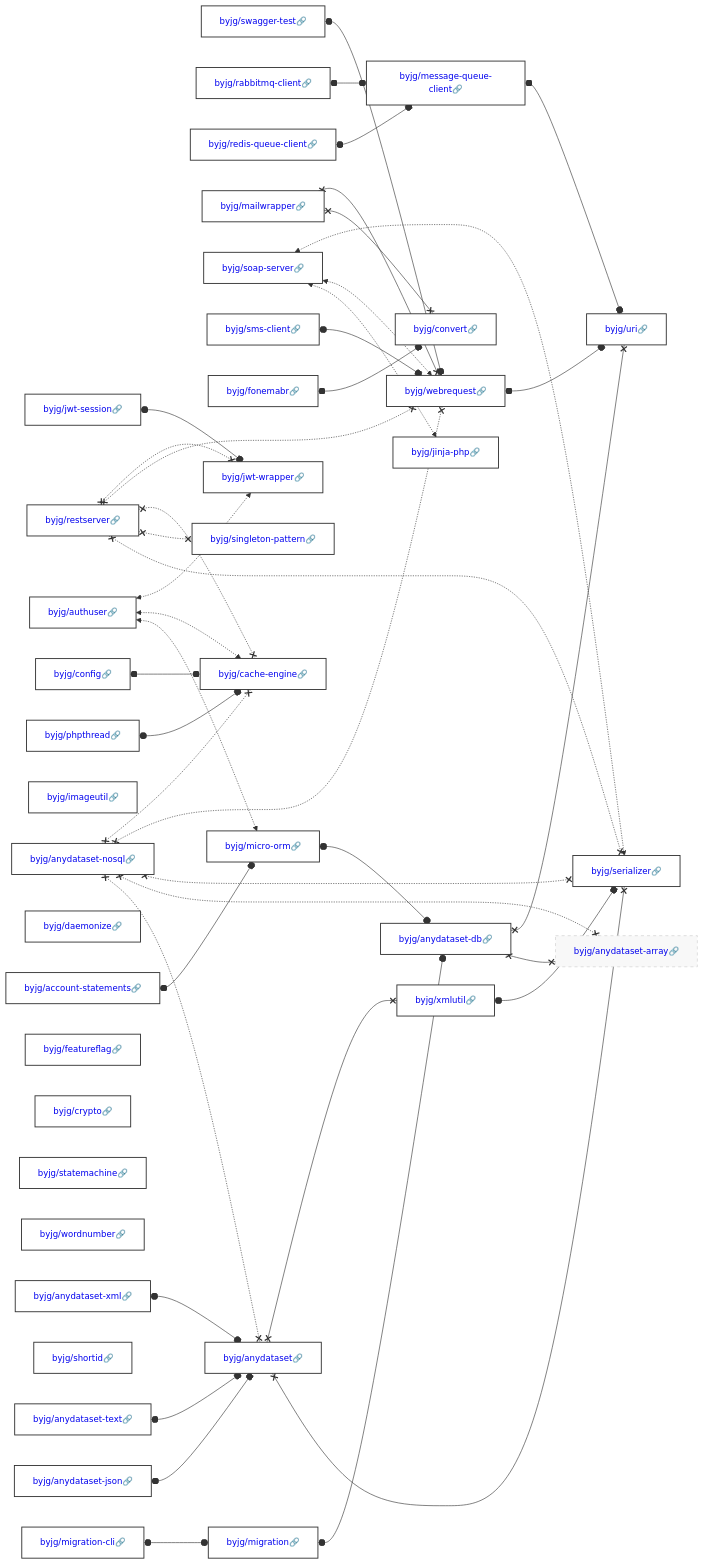
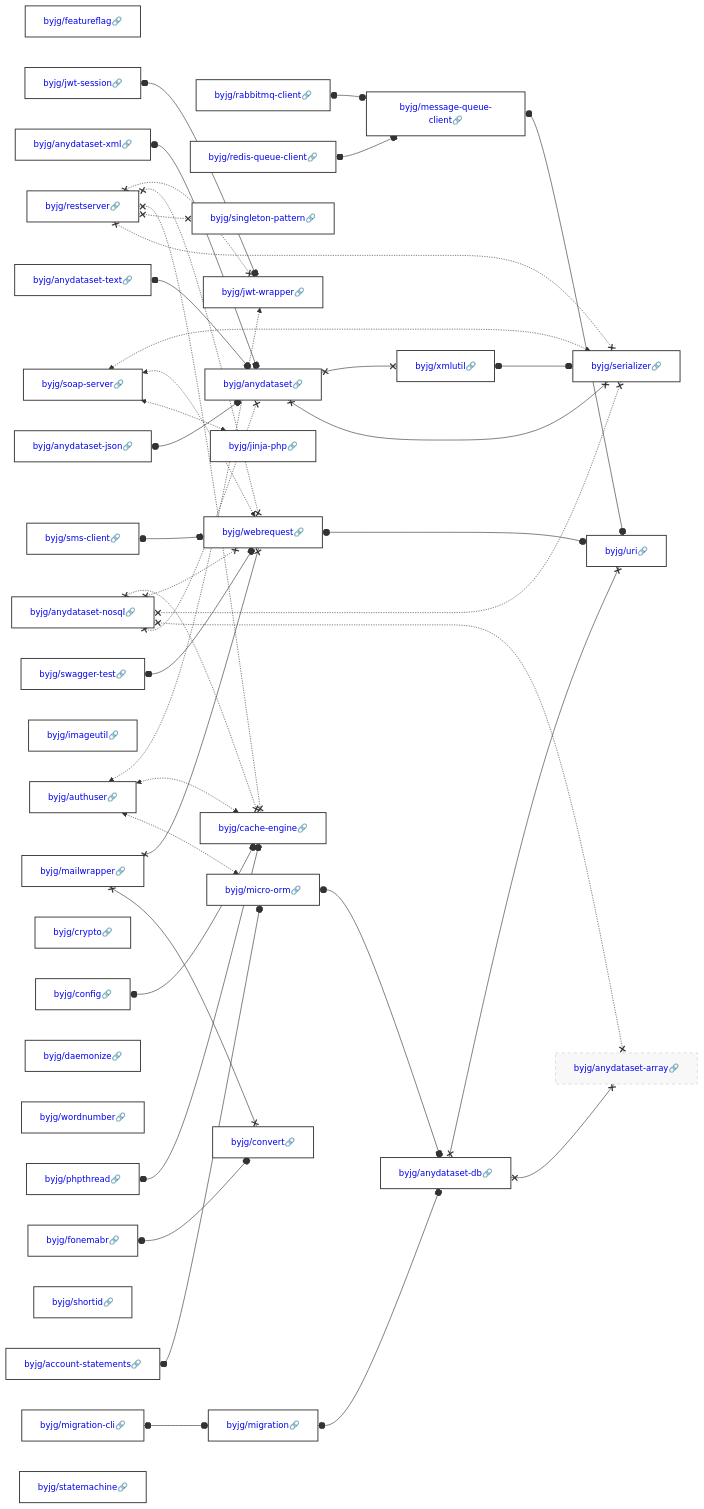
Before and after one commit to byjg/byjg.github.io: the diagram in docs/php/README.md, drawn with Mermaid. The commit also changed other lines of this file and 9 other files, not shown here.

````diff
--- a/docs/php/README.md
+++ b/docs/php/README.md
@@ -3,40 +3,40 @@
 ```mermaid
 graph LR;
+  byjg/featureflag[<a href='https://opensource.byjg.com/docs/php/featureflag' style='text-decoration:none'>byjg/featureflag🔗</a>];
+  byjg/restserver[<a href='https://opensource.byjg.com/docs/php/restserver' style='text-decoration:none'>byjg/restserver🔗</a>];
+  byjg/authuser[<a href='https://opensource.byjg.com/docs/php/authuser' style='text-decoration:none'>byjg/authuser🔗</a>];
   byjg/swagger-test[<a href='https://opensource.byjg.com/docs/php/swagger-test' style='text-decoration:none'>byjg/swagger-test🔗</a>];
+  byjg/account-statements[<a href='https://opensource.byjg.com/docs/php/account-statements' style='text-decoration:none'>byjg/account-statements🔗</a>];
   byjg/rabbitmq-client[<a href='https://opensource.byjg.com/docs/php/rabbitmq-client' style='text-decoration:none'>byjg/rabbitmq-client🔗</a>];
+  byjg/redis-queue-client[<a href='https://opensource.byjg.com/docs/php/redis-queue-client' style='text-decoration:none'>byjg/redis-queue-client🔗</a>];
+  byjg/anydataset-nosql[<a href='https://opensource.byjg.com/docs/php/anydataset-nosql' style='text-decoration:none'>byjg/anydataset-nosql🔗</a>];
+  byjg/jwt-session[<a href='https://opensource.byjg.com/docs/php/jwt-session' style='text-decoration:none'>byjg/jwt-session🔗</a>];
+  byjg/mailwrapper[<a href='https://opensource.byjg.com/docs/php/mailwrapper' style='text-decoration:none'>byjg/mailwrapper🔗</a>];
+  byjg/migration-cli[<a href='https://opensource.byjg.com/docs/php/migration-cli' style='text-decoration:none'>byjg/migration-cli🔗</a>];
+  byjg/config[<a href='https://opensource.byjg.com/docs/php/config' style='text-decoration:none'>byjg/config🔗</a>];
+  byjg/imageutil[<a href='https://opensource.byjg.com/docs/php/imageutil' style='text-decoration:none'>byjg/imageutil🔗</a>];
+  byjg/anydataset-json[<a href='https://opensource.byjg.com/docs/php/anydataset-json' style='text-decoration:none'>byjg/anydataset-json🔗</a>];
+  byjg/anydataset-xml[<a href='https://opensource.byjg.com/docs/php/anydataset-xml' style='text-decoration:none'>byjg/anydataset-xml🔗</a>];
+  byjg/crypto[<a href='https://opensource.byjg.com/docs/php/crypto' style='text-decoration:none'>byjg/crypto🔗</a>];
+  byjg/sms-client[<a href='https://opensource.byjg.com/docs/php/sms-client' style='text-decoration:none'>byjg/sms-client🔗</a>];
+  byjg/daemonize[<a href='https://opensource.byjg.com/docs/php/daemonize' style='text-decoration:none'>byjg/daemonize🔗</a>];
+  byjg/wordnumber[<a href='https://opensource.byjg.com/docs/php/wordnumber' style='text-decoration:none'>byjg/wordnumber🔗</a>];
+  byjg/soap-server[<a href='https://opensource.byjg.com/docs/php/soap-server' style='text-decoration:none'>byjg/soap-server🔗</a>];
+  byjg/anydataset-text[<a href='https://opensource.byjg.com/docs/php/anydataset-text' style='text-decoration:none'>byjg/anydataset-text🔗</a>];
+  byjg/shortid[<a href='https://opensource.byjg.com/docs/php/shortid' style='text-decoration:none'>byjg/shortid🔗</a>];
   byjg/phpthread[<a href='https://opensource.byjg.com/docs/php/phpthread' style='text-decoration:none'>byjg/phpthread🔗</a>];
-  byjg/anydataset-xml[<a href='https://opensource.byjg.com/docs/php/anydataset-xml' style='text-decoration:none'>byjg/anydataset-xml🔗</a>];
-  byjg/migration-cli[<a href='https://opensource.byjg.com/docs/php/migration-cli' style='text-decoration:none'>byjg/migration-cli🔗</a>];
-  byjg/redis-queue-client[<a href='https://opensource.byjg.com/docs/php/redis-queue-client' style='text-decoration:none'>byjg/redis-queue-client🔗</a>];
-  byjg/anydataset-text[<a href='https://opensource.byjg.com/docs/php/anydataset-text' style='text-decoration:none'>byjg/anydataset-text🔗</a>];
-  byjg/authuser[<a href='https://opensource.byjg.com/docs/php/authuser' style='text-decoration:none'>byjg/authuser🔗</a>];
-  byjg/imageutil[<a href='https://opensource.byjg.com/docs/php/imageutil' style='text-decoration:none'>byjg/imageutil🔗</a>];
-  byjg/restserver[<a href='https://opensource.byjg.com/docs/php/restserver' style='text-decoration:none'>byjg/restserver🔗</a>];
-  byjg/mailwrapper[<a href='https://opensource.byjg.com/docs/php/mailwrapper' style='text-decoration:none'>byjg/mailwrapper🔗</a>];
-  byjg/daemonize[<a href='https://opensource.byjg.com/docs/php/daemonize' style='text-decoration:none'>byjg/daemonize🔗</a>];
-  byjg/anydataset-nosql[<a href='https://opensource.byjg.com/docs/php/anydataset-nosql' style='text-decoration:none'>byjg/anydataset-nosql🔗</a>];
-  byjg/soap-server[<a href='https://opensource.byjg.com/docs/php/soap-server' style='text-decoration:none'>byjg/soap-server🔗</a>];
-  byjg/sms-client[<a href='https://opensource.byjg.com/docs/php/sms-client' style='text-decoration:none'>byjg/sms-client🔗</a>];
-  byjg/featureflag[<a href='https://opensource.byjg.com/docs/php/featureflag' style='text-decoration:none'>byjg/featureflag🔗</a>];
-  byjg/crypto[<a href='https://opensource.byjg.com/docs/php/crypto' style='text-decoration:none'>byjg/crypto🔗</a>];
+  byjg/fonemabr[<a href='https://opensource.byjg.com/docs/php/fonemabr' style='text-decoration:none'>byjg/fonemabr🔗</a>];
   byjg/statemachine[<a href='https://opensource.byjg.com/docs/php/statemachine' style='text-decoration:none'>byjg/statemachine🔗</a>];
-  byjg/wordnumber[<a href='https://opensource.byjg.com/docs/php/wordnumber' style='text-decoration:none'>byjg/wordnumber🔗</a>];
-  byjg/fonemabr[<a href='https://opensource.byjg.com/docs/php/fonemabr' style='text-decoration:none'>byjg/fonemabr🔗</a>];
-  byjg/account-statements[<a href='https://opensource.byjg.com/docs/php/account-statements' style='text-decoration:none'>byjg/account-statements🔗</a>];
-  byjg/shortid[<a href='https://opensource.byjg.com/docs/php/shortid' style='text-decoration:none'>byjg/shortid🔗</a>];
-  byjg/jwt-session[<a href='https://opensource.byjg.com/docs/php/jwt-session' style='text-decoration:none'>byjg/jwt-session🔗</a>];
-  byjg/config[<a href='https://opensource.byjg.com/docs/php/config' style='text-decoration:none'>byjg/config🔗</a>];
-  byjg/anydataset-json[<a href='https://opensource.byjg.com/docs/php/anydataset-json' style='text-decoration:none'>byjg/anydataset-json🔗</a>];
+  byjg/singleton-pattern[<a href='https://opensource.byjg.com/docs/php/singleton-pattern' style='text-decoration:none'>byjg/singleton-pattern🔗</a>];
+  byjg/micro-orm[<a href='https://opensource.byjg.com/docs/php/micro-orm' style='text-decoration:none'>byjg/micro-orm🔗</a>];
+  byjg/message-queue-client[<a href='https://opensource.byjg.com/docs/php/message-queue-client' style='text-decoration:none'>byjg/message-queue-client🔗</a>];
+  byjg/jwt-wrapper[<a href='https://opensource.byjg.com/docs/php/jwt-wrapper' style='text-decoration:none'>byjg/jwt-wrapper🔗</a>];
   byjg/migration[<a href='https://opensource.byjg.com/docs/php/migration' style='text-decoration:none'>byjg/migration🔗</a>];
-  byjg/message-queue-client[<a href='https://opensource.byjg.com/docs/php/message-queue-client' style='text-decoration:none'>byjg/message-queue-client🔗</a>];
-  byjg/singleton-pattern[<a href='https://opensource.byjg.com/docs/php/singleton-pattern' style='text-decoration:none'>byjg/singleton-pattern🔗</a>];
   byjg/jinja-php[<a href='https://opensource.byjg.com/docs/php/jinja-php' style='text-decoration:none'>byjg/jinja-php🔗</a>];
   byjg/webrequest[<a href='https://opensource.byjg.com/docs/php/webrequest' style='text-decoration:none'>byjg/webrequest🔗</a>];
+  byjg/anydataset[<a href='https://opensource.byjg.com/docs/php/anydataset' style='text-decoration:none'>byjg/anydataset🔗</a>];
+  byjg/cache-engine[<a href='https://opensource.byjg.com/docs/php/cache-engine' style='text-decoration:none'>byjg/cache-engine🔗</a>];
   byjg/convert[<a href='https://opensource.byjg.com/docs/php/convert' style='text-decoration:none'>byjg/convert🔗</a>];
-  byjg/micro-orm[<a href='https://opensource.byjg.com/docs/php/micro-orm' style='text-decoration:none'>byjg/micro-orm🔗</a>];
-  byjg/jwt-wrapper[<a href='https://opensource.byjg.com/docs/php/jwt-wrapper' style='text-decoration:none'>byjg/jwt-wrapper🔗</a>];
-  byjg/cache-engine[<a href='https://opensource.byjg.com/docs/php/cache-engine' style='text-decoration:none'>byjg/cache-engine🔗</a>];
-  byjg/anydataset[<a href='https://opensource.byjg.com/docs/php/anydataset' style='text-decoration:none'>byjg/anydataset🔗</a>];
   byjg/anydataset-db[<a href='https://opensource.byjg.com/docs/php/anydataset-db' style='text-decoration:none'>byjg/anydataset-db🔗</a>];
   byjg/xmlutil[<a href='https://opensource.byjg.com/docs/php/xmlutil' style='text-decoration:none'>byjg/xmlutil🔗</a>];
   byjg/anydataset-array[<a href='https://opensource.byjg.com/docs/php/anydataset-array' style='text-decoration:none'>byjg/anydataset-array🔗</a>];
````
